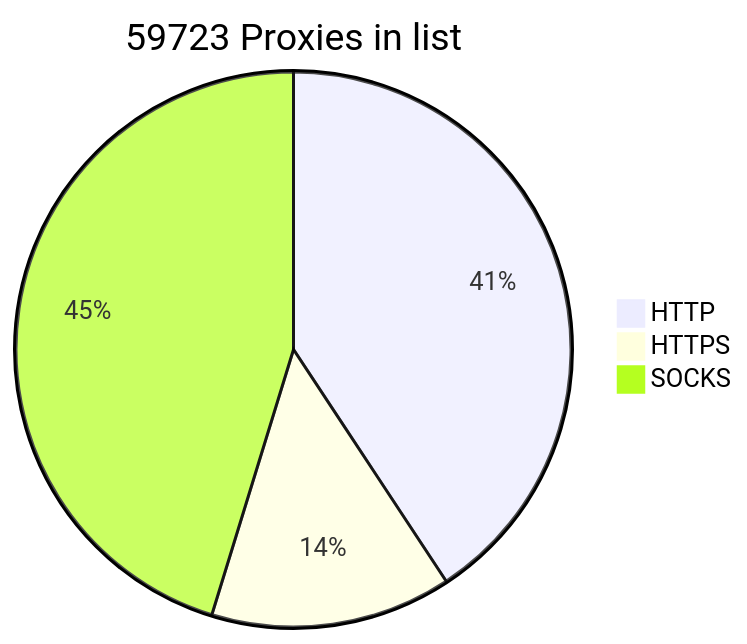
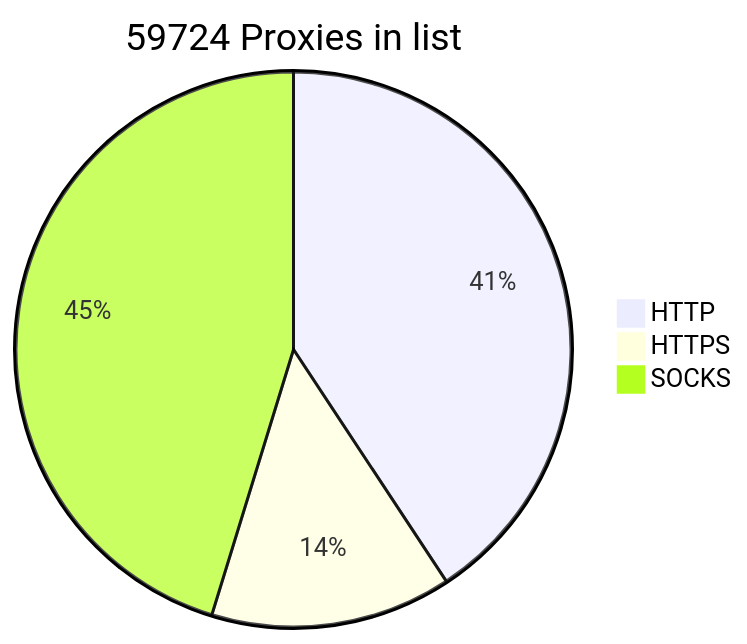
The diagram in README.md (BlackSnowDot/proxylist-update-every-minute), drawn with Mermaid before and after one commit.

````diff
--- a/README.md
+++ b/README.md
@@ -2,6 +2,6 @@
 ```mermaid
-pie title 59723 Proxies in list
+pie title 59724 Proxies in list
     "HTTP" : 27458
     "HTTPS": 9458
-    "SOCKS" : 30506
+    "SOCKS" : 30507
 ```
````
